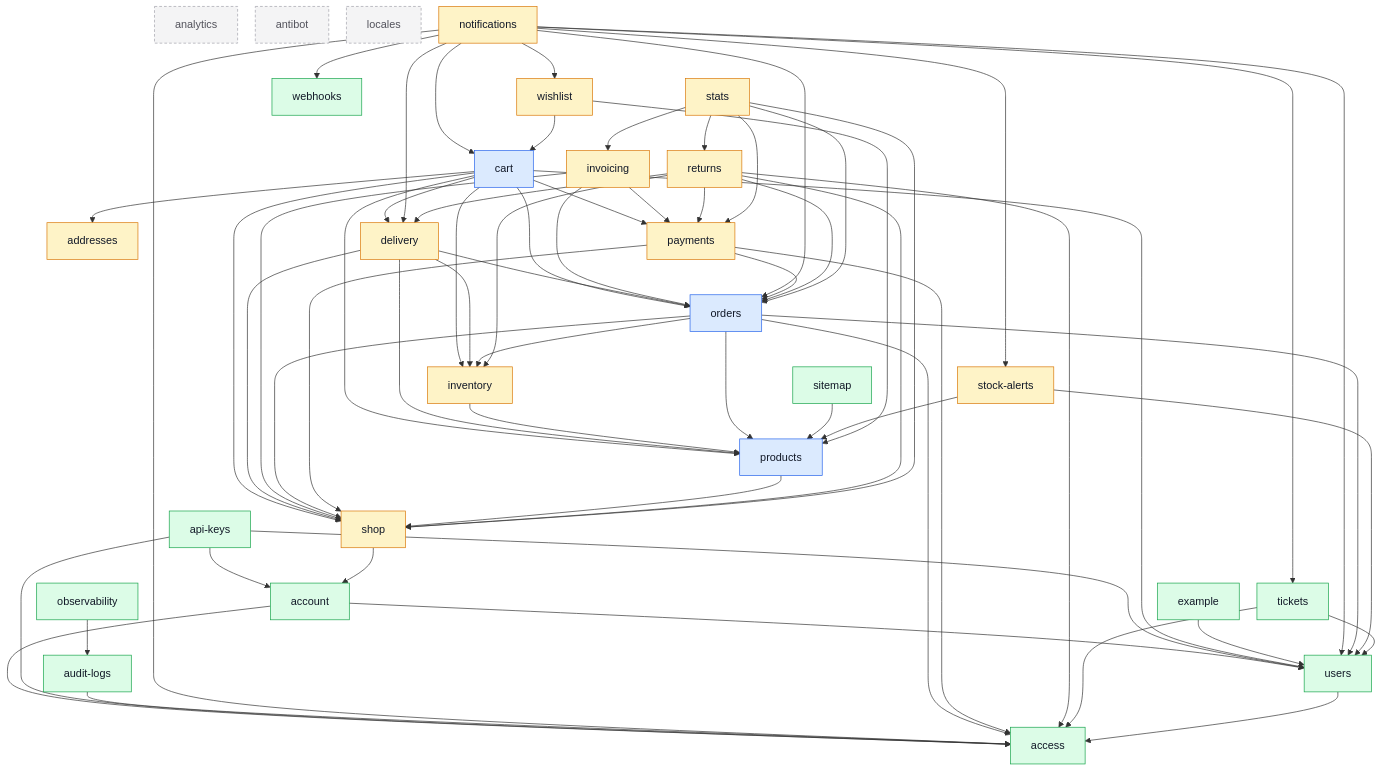
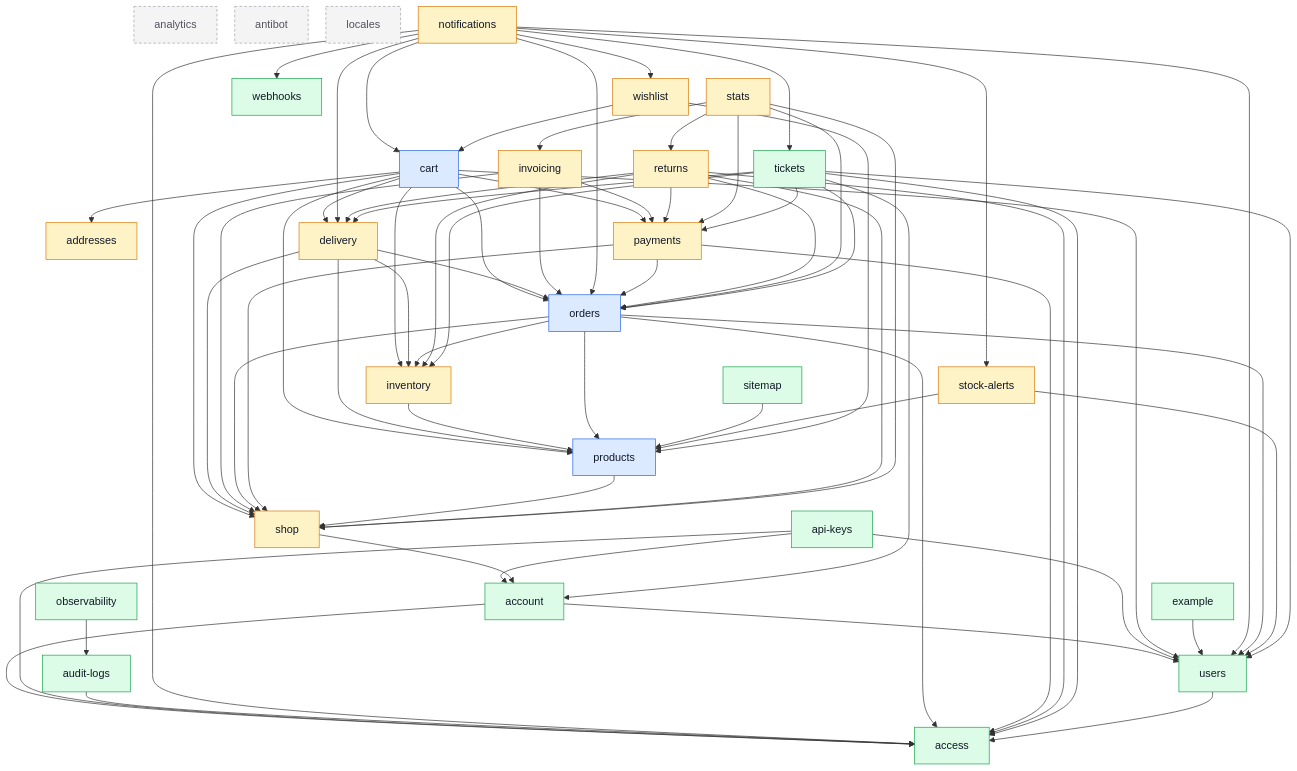
Before and after one commit to Guebbit/boilerplate-node-backend: the diagram in docs/modules/index.md, drawn with Mermaid. The commit also changed other lines of this file and 52 other files, not shown here.

```diff
--- a/docs/modules/index.md
+++ b/docs/modules/index.md
@@ -126,6 +126,11 @@
     stock_alerts --> products
     stock_alerts --> users
     tickets --> access
+    tickets --> account
+    tickets --> delivery
+    tickets --> inventory
+    tickets --> orders
+    tickets --> payments
     tickets --> users
     users --> access
     wishlist --> cart
```
